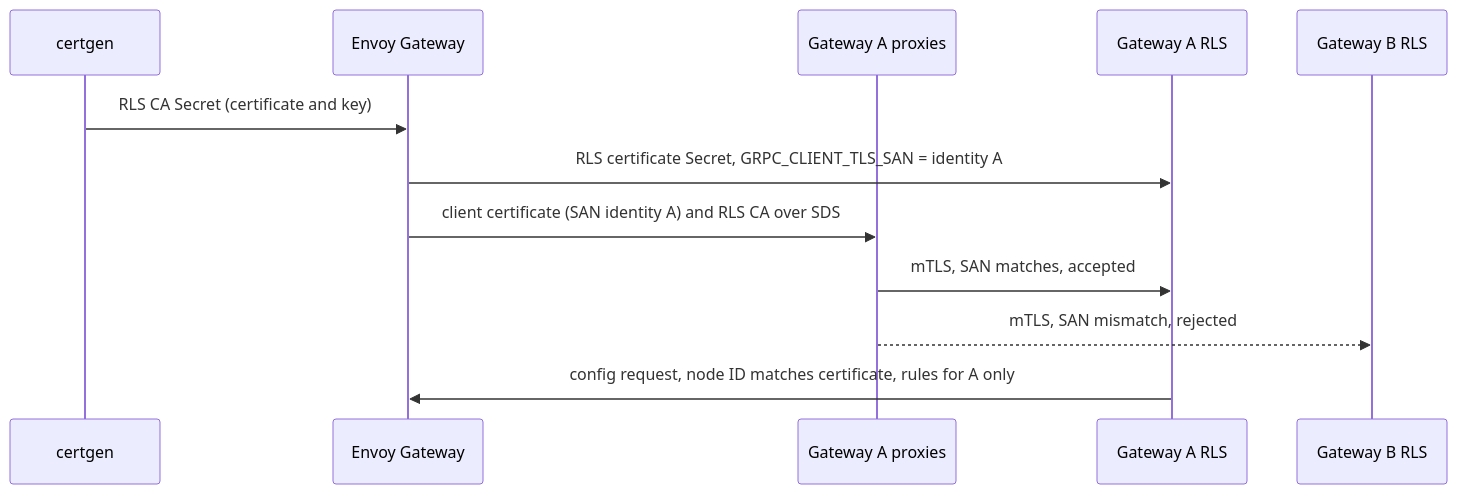
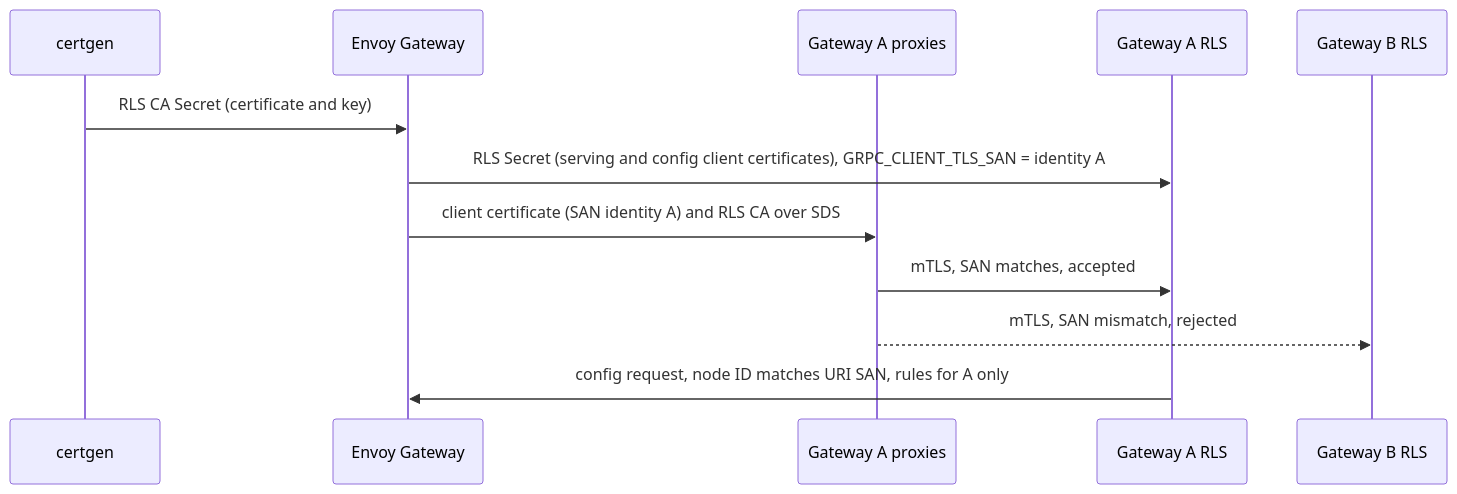
Before and after one commit to envoyproxy/gateway: the second of 2 diagrams in site/content/en/community/design/dedicated-rate-limit-service.md, drawn with Mermaid. The commit also changed other lines of this file, not shown here.

````diff
--- a/site/content/en/community/design/dedicated-rate-limit-service.md
+++ b/site/content/en/community/design/dedicated-rate-limit-service.md
@@ -676,15 +703,15 @@
 ```mermaid
 sequenceDiagram
     participant CG as certgen
     participant EG as Envoy Gateway
     participant PA as Gateway A proxies
     participant RA as Gateway A RLS
     participant RB as Gateway B RLS
 
     CG->>EG: RLS CA Secret (certificate and key)
-    EG->>RA: RLS certificate Secret, GRPC_CLIENT_TLS_SAN = identity A
+    EG->>RA: RLS Secret (serving and config client certificates), GRPC_CLIENT_TLS_SAN = identity A
     EG->>PA: client certificate (SAN identity A) and RLS CA over SDS
     PA->>RA: mTLS, SAN matches, accepted
     PA-->>RB: mTLS, SAN mismatch, rejected
-    RA->>EG: config request, node ID matches certificate, rules for A only
+    RA->>EG: config request, node ID matches URI SAN, rules for A only
 ```
````
